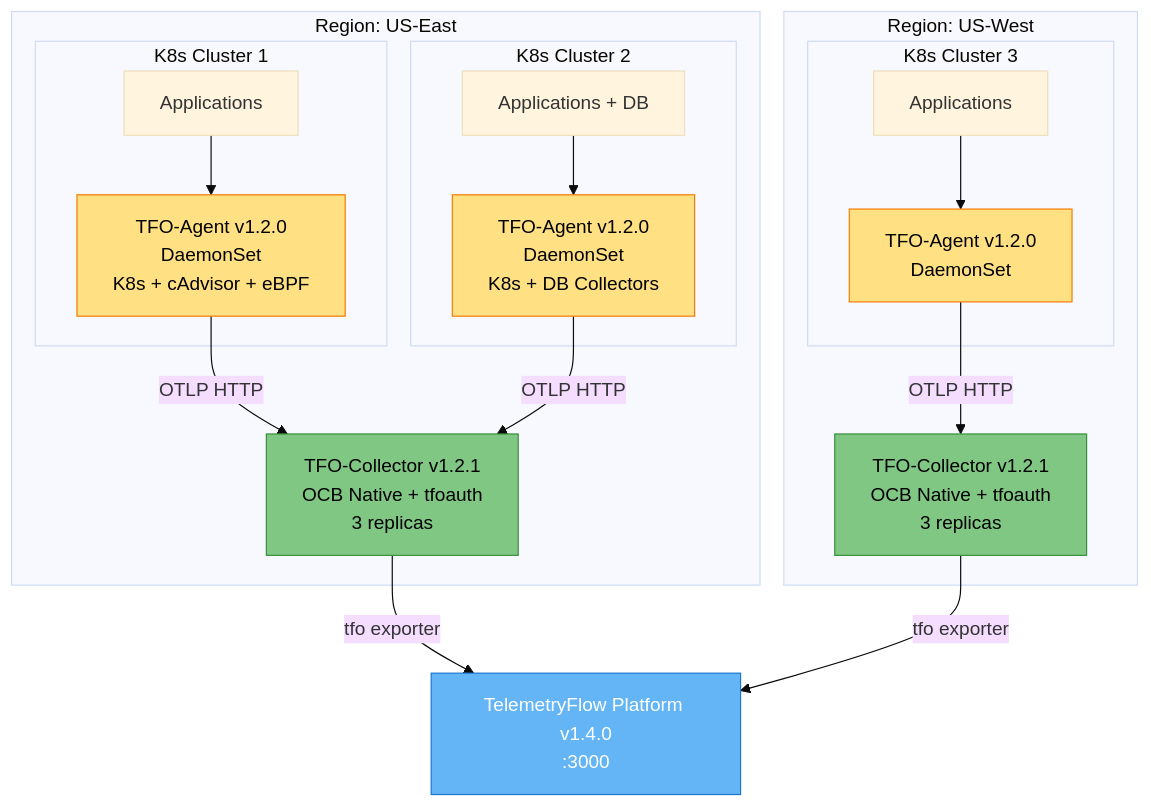
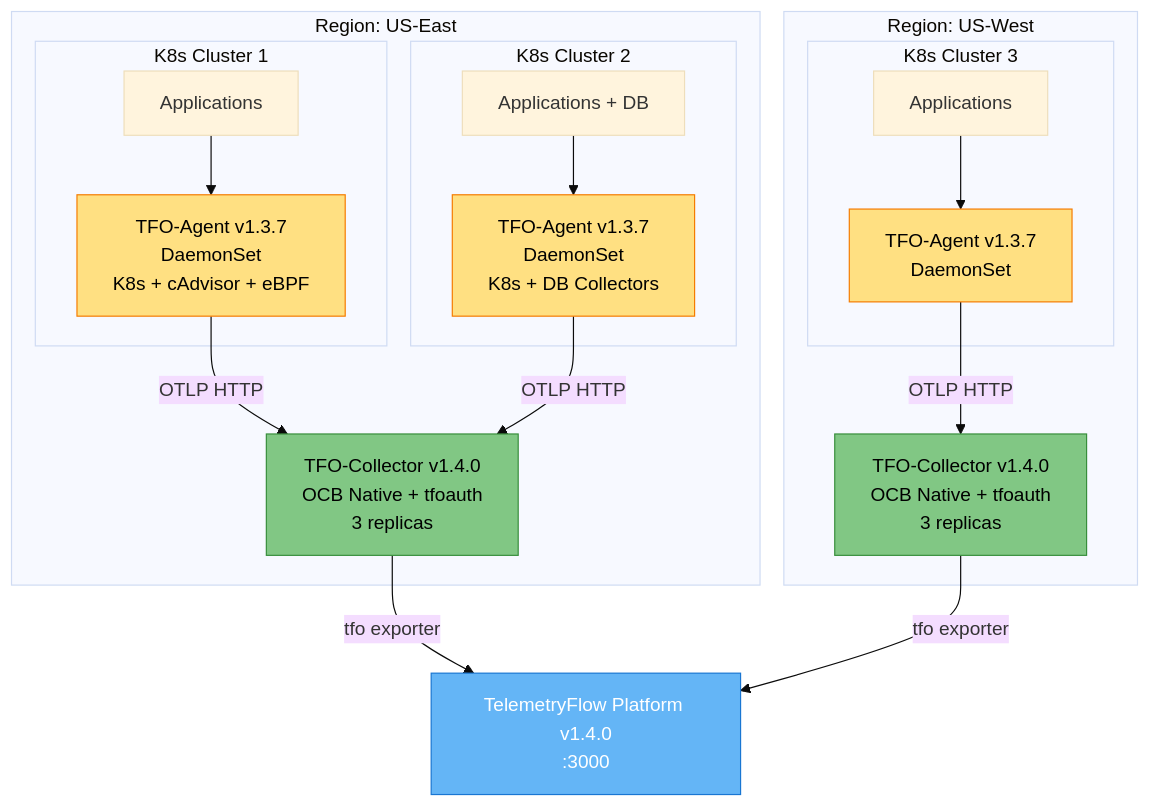
The second of 4 diagrams in tfo-otel/DEPLOYMENT.md (telemetryflow/telemetryflow-overview), drawn with Mermaid (base theme) before and after one commit. The commit also changed other lines of this file and 11 other files, not shown here.

First line of the commit message:
docs: update component versions to latest (agent/collector/platform/OTel)

````diff
--- a/tfo-otel/DEPLOYMENT.md
+++ b/tfo-otel/DEPLOYMENT.md
@@ -77,38 +77,38 @@
 ```mermaid
 graph TB
     subgraph REGION1[Region: US-East]
         subgraph CLUSTER1[K8s Cluster 1]
-            APPS1[Applications] --> AGENT1[TFO-Agent v1.2.0<br/>DaemonSet<br/>K8s + cAdvisor + eBPF]
+            APPS1[Applications] --> AGENT1[TFO-Agent v1.3.7<br/>DaemonSet<br/>K8s + cAdvisor + eBPF]
         end
 
         subgraph CLUSTER2[K8s Cluster 2]
-            APPS2[Applications + DB] --> AGENT2[TFO-Agent v1.2.0<br/>DaemonSet<br/>K8s + DB Collectors]
+            APPS2[Applications + DB] --> AGENT2[TFO-Agent v1.3.7<br/>DaemonSet<br/>K8s + DB Collectors]
         end
 
-        COLLECTOR1[TFO-Collector v1.2.1<br/>OCB Native + tfoauth<br/>3 replicas]
+        COLLECTOR1[TFO-Collector v1.4.0<br/>OCB Native + tfoauth<br/>3 replicas]
     end
 
     subgraph REGION2[Region: US-West]
         subgraph CLUSTER3[K8s Cluster 3]
-            APPS3[Applications] --> AGENT3[TFO-Agent v1.2.0<br/>DaemonSet]
+            APPS3[Applications] --> AGENT3[TFO-Agent v1.3.7<br/>DaemonSet]
         end
 
-        COLLECTOR2[TFO-Collector v1.2.1<br/>OCB Native + tfoauth<br/>3 replicas]
+        COLLECTOR2[TFO-Collector v1.4.0<br/>OCB Native + tfoauth<br/>3 replicas]
     end
 
     PLATFORM[TelemetryFlow Platform v1.4.0<br/>:3000]
 
     AGENT1 -->|OTLP HTTP| COLLECTOR1
     AGENT2 -->|OTLP HTTP| COLLECTOR1
     AGENT3 -->|OTLP HTTP| COLLECTOR2
 
     COLLECTOR1 -->|tfo exporter| PLATFORM
     COLLECTOR2 -->|tfo exporter| PLATFORM
 
     style AGENT1 fill:#FFE082,stroke:#F57C00,color:#000
     style AGENT2 fill:#FFE082,stroke:#F57C00,color:#000
     style AGENT3 fill:#FFE082,stroke:#F57C00,color:#000
     style COLLECTOR1 fill:#81C784,stroke:#388E3C,color:#000
     style COLLECTOR2 fill:#81C784,stroke:#388E3C,color:#000
     style PLATFORM fill:#64B5F6,stroke:#1976D2,color:#fff
 ```
````
